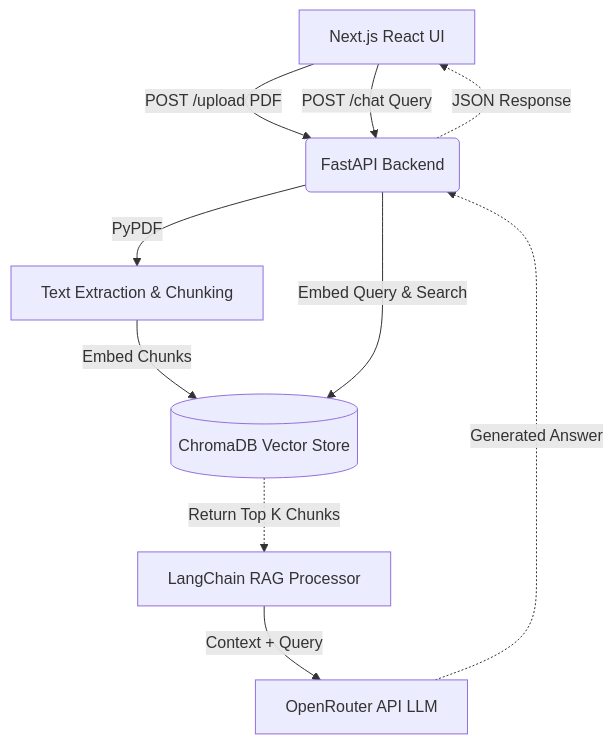
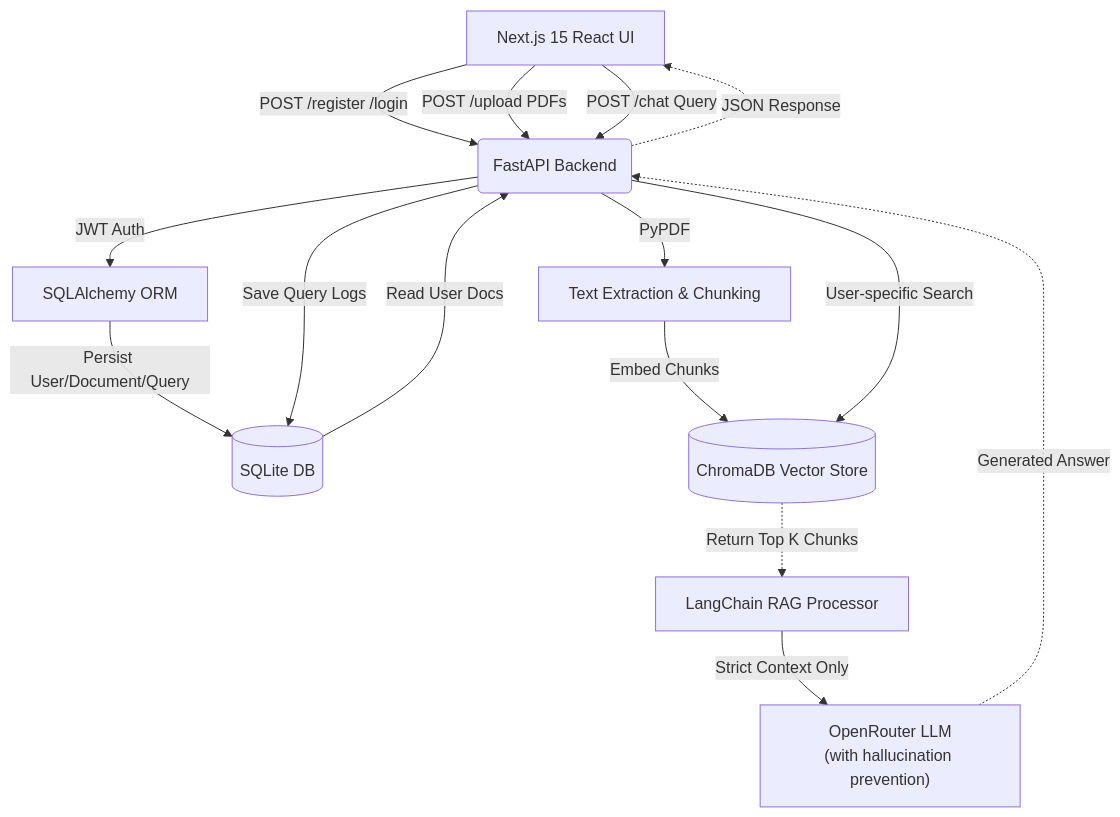
One commit to AnishaPaturi/AI-pdf-chatbot changed the diagram in README.md. Above: the diagram before and after it, drawn with Mermaid. The commit also changed other lines of this file and 18 other files, not shown here.

````diff
--- a/README.md
+++ b/README.md
@@ -24,12 +49,22 @@
 ```mermaid
 graph TD
-    A[Next.js React UI] -->|POST /upload PDF| B(FastAPI Backend)
+    A[Next.js 15 React UI] -->|POST /register /login| B(FastAPI Backend)
+    A -->|POST /upload PDFs| B
     A -->|POST /chat Query| B
-    B -->|PyPDF| C[Text Extraction & Chunking]
-    C -->|Embed Chunks| D[(ChromaDB Vector Store)]
-    B -->|Embed Query & Search| D
-    D -.->|Return Top K Chunks| E[LangChain RAG Processor]
-    E -->|Context + Query| F[OpenRouter API LLM]
-    F -.->|Generated Answer| B
+    
+    B -->|JWT Auth| C[SQLAlchemy ORM]
+    C -->|Persist User/Document/Query| D[(SQLite DB)]
+    
+    B -->|PyPDF| E[Text Extraction & Chunking]
+    E -->|Embed Chunks| F[(ChromaDB Vector Store)]
+    
+    B -->|User-specific Search| F
+    F -.->|Return Top K Chunks| G[LangChain RAG Processor]
+    
+    G -->|Strict Context Only| H["OpenRouter LLM<br/>(with hallucination prevention)"]
+    H -.->|Generated Answer| B
     B -.->|JSON Response| A
+    
+    D -->|Read User Docs| B
+    B -->|Save Query Logs| D
 ```
````
